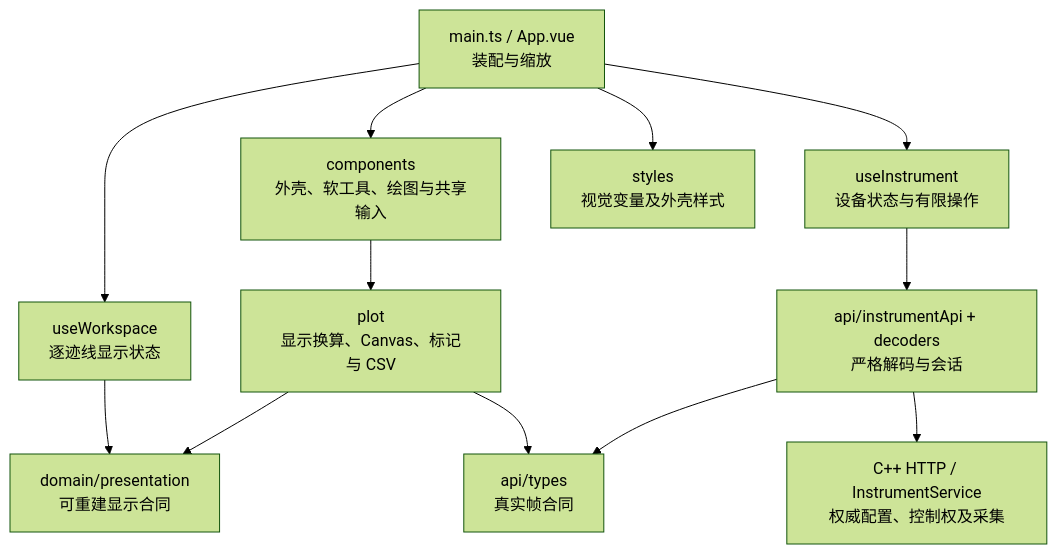
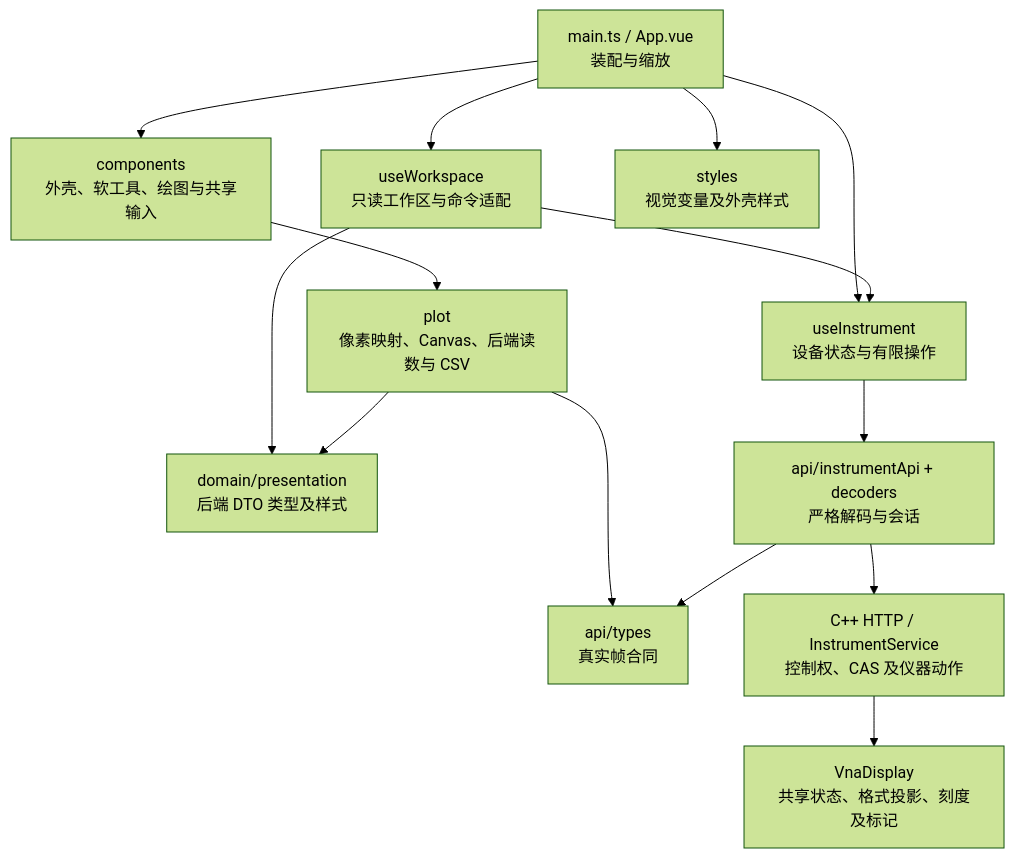
Before and after one commit to aniping/VnaPro: the diagram in WebUI/README.md, drawn with Mermaid (forest theme). The commit also changed other lines of this file and 6 other files, not shown here.

````diff
--- a/WebUI/README.md
+++ b/WebUI/README.md
@@ -67,14 +69,16 @@
 ```mermaid
 flowchart TB
   Entry["main.ts / App.vue<br/>装配与缩放"] --> UI["components<br/>外壳、软工具、绘图与共享输入"]
   Entry --> Device["useInstrument<br/>设备状态与有限操作"]
-  Entry --> Workspace["useWorkspace<br/>逐迹线显示状态"]
+  Entry --> Workspace["useWorkspace<br/>只读工作区与命令适配"]
   Entry --> Styles["styles<br/>视觉变量及外壳样式"]
-  UI --> Plot["plot<br/>显示换算、Canvas、标记与 CSV"]
-  Workspace --> Presentation["domain/presentation<br/>可重建显示合同"]
+  UI --> Plot["plot<br/>像素映射、Canvas、后端读数与 CSV"]
+  Workspace --> Device
+  Workspace --> Presentation["domain/presentation<br/>后端 DTO 类型及样式"]
   Plot --> Presentation
   Plot --> Types["api/types<br/>真实帧合同"]
   Device --> Api["api/instrumentApi + decoders<br/>严格解码与会话"]
   Api --> Types
-  Api --> Http["C++ HTTP / InstrumentService<br/>权威配置、控制权及采集"]
+  Api --> Http["C++ HTTP / InstrumentService<br/>控制权、CAS 及仪器动作"]
+  Http --> Display["VnaDisplay<br/>共享状态、格式投影、刻度及标记"]
 ```
````
